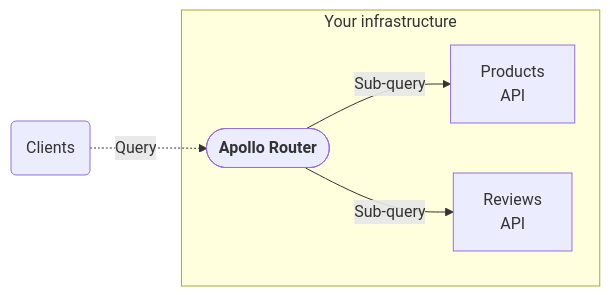
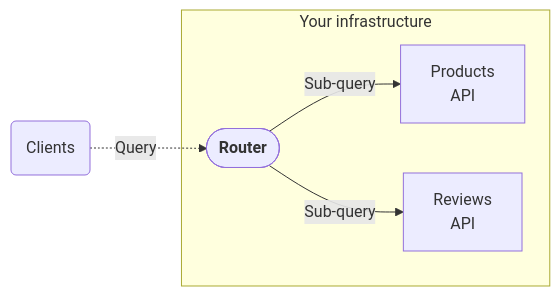
Before and after one commit to apollographql/router: the diagram in docs/source/index.mdx, drawn with Mermaid. The commit also changed other lines of this file and 70 other files, not shown here.

````diff
--- a/docs/source/index.mdx
+++ b/docs/source/index.mdx
@@ -11,12 +15,12 @@
 ```mermaid
 flowchart LR;
   clients(Clients);
   subgraph "Your infrastructure";
-  router(["<b>Apollo Router</b>"]);
+  router(["<b>Router</b>"]);
   serviceB[Products<br/>API];
   serviceC[Reviews<br/>API];
   router -->|Sub-query| serviceB & serviceC;
   end;
   clients -.->|Query| router;
   class clients secondary;
 ```
````
